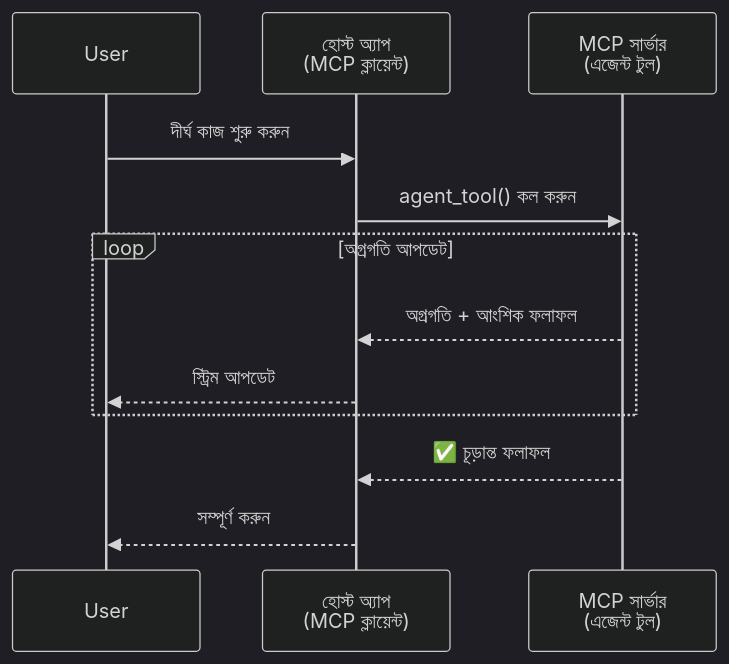
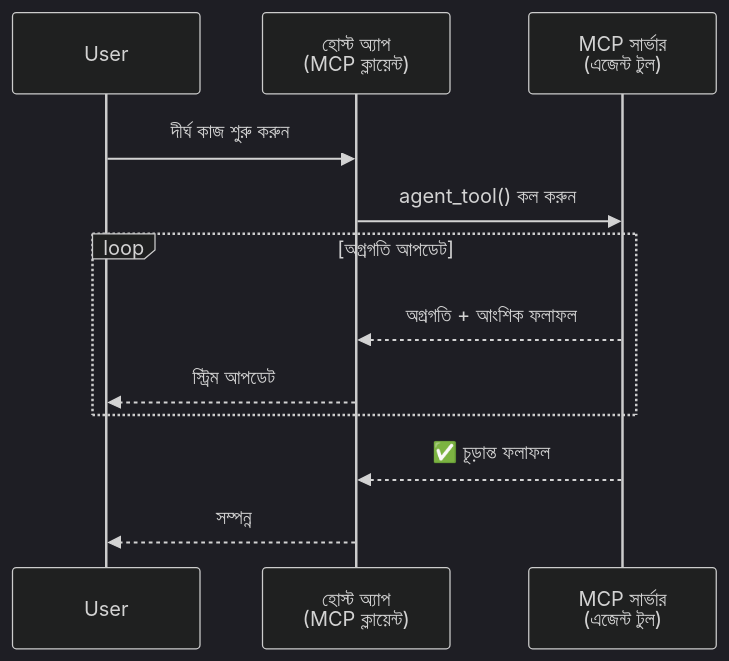
One commit to gabrielmoreira/agent-skills-mirror changed the first of 5 diagrams in mirrors/repos/microsoft@ai-agents-for-beginners/translations/bn/11-agentic-protocols/code_samples/mcp-agents/README.md. Above: the diagram before and after it, drawn with Mermaid (dark theme). The commit also changed other lines of this file and 4262 other files, not shown here.

````diff
--- a/mirrors/repos/microsoft@ai-agents-for-beginners/translations/bn/11-agentic-protocols/code_samples/mcp-agents/README.md
+++ b/mirrors/repos/microsoft@ai-agents-for-beginners/translations/bn/11-agentic-protocols/code_samples/mcp-agents/README.md
@@ -46,17 +46,17 @@
 ```mermaid
 sequenceDiagram
     participant User
     participant Host as হোস্ট অ্যাপ<br/>(MCP ক্লায়েন্ট)
     participant Server as MCP সার্ভার<br/>(এজেন্ট টুল)
 
     User->>Host: দীর্ঘ কাজ শুরু করুন
     Host->>Server: agent_tool() কল করুন
 
     loop অগ্রগতি আপডেট
         Server-->>Host: অগ্রগতি + আংশিক ফলাফল
         Host-->>User: স্ট্রিম আপডেট
     end
 
     Server-->>Host: ✅ চূড়ান্ত ফলাফল
-    Host-->>User: সম্পূর্ণ করুন
+    Host-->>User: সম্পন্ন
 ```
````
